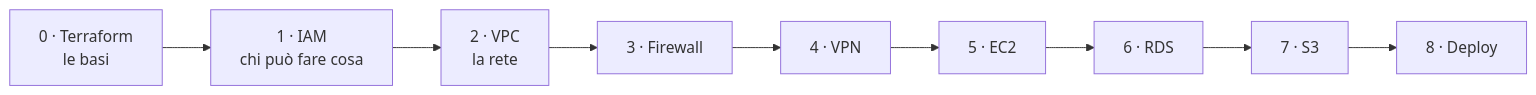
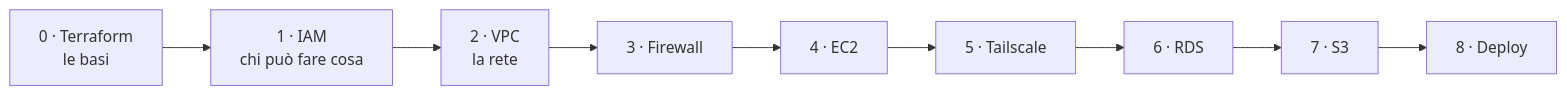
Before and after one commit to cereZ23/aws: the diagram in README.md, drawn with Mermaid. The commit also changed other lines of this file and 12 other files, not shown here.

Commit message:
Lezioni 4 (EC2) e 5 (Tailscale) al posto della Client VPN; riferimenti aggiornati

````diff
--- a/README.md
+++ b/README.md
@@ -17,11 +17,11 @@
 ```mermaid
 flowchart LR
     L0["0 · Terraform<br/>le basi"] --> L1["1 · IAM<br/>chi può fare cosa"]
     L1 --> L2["2 · VPC<br/>la rete"]
     L2 --> L3["3 · Firewall"]
-    L3 --> L4["4 · VPN"]
-    L4 --> L5["5 · EC2"]
+    L3 --> L4["4 · EC2"]
+    L4 --> L5["5 · Tailscale"]
     L5 --> L6["6 · RDS"]
     L6 --> L7["7 · S3"]
     L7 --> L8["8 · Deploy"]
 ```
````
